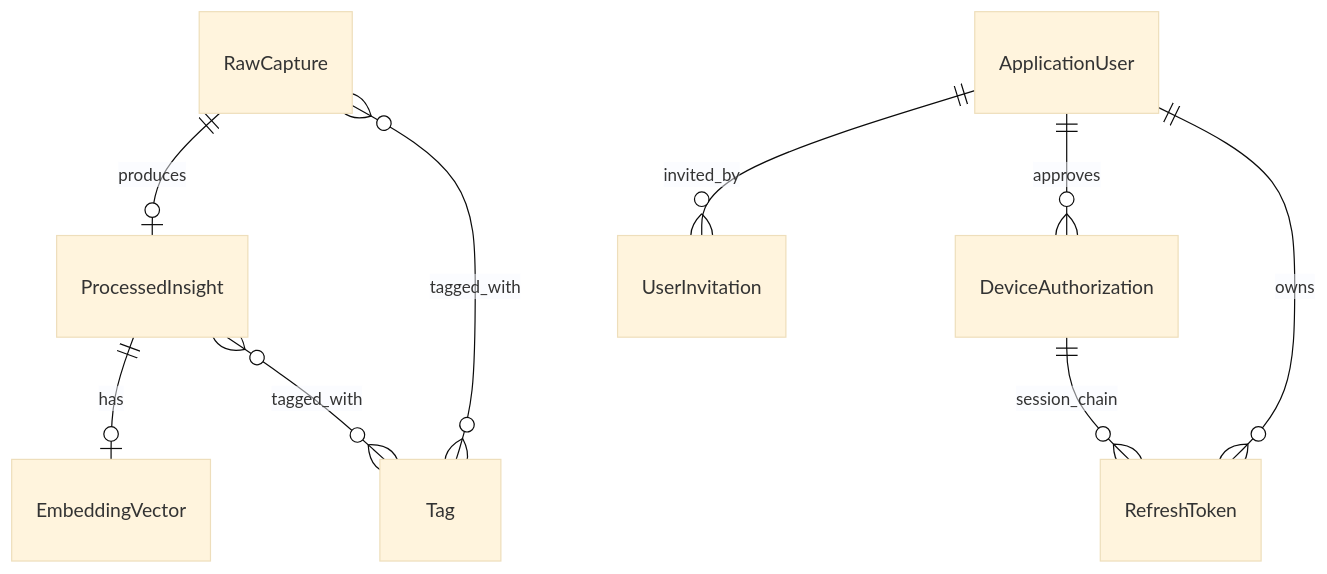
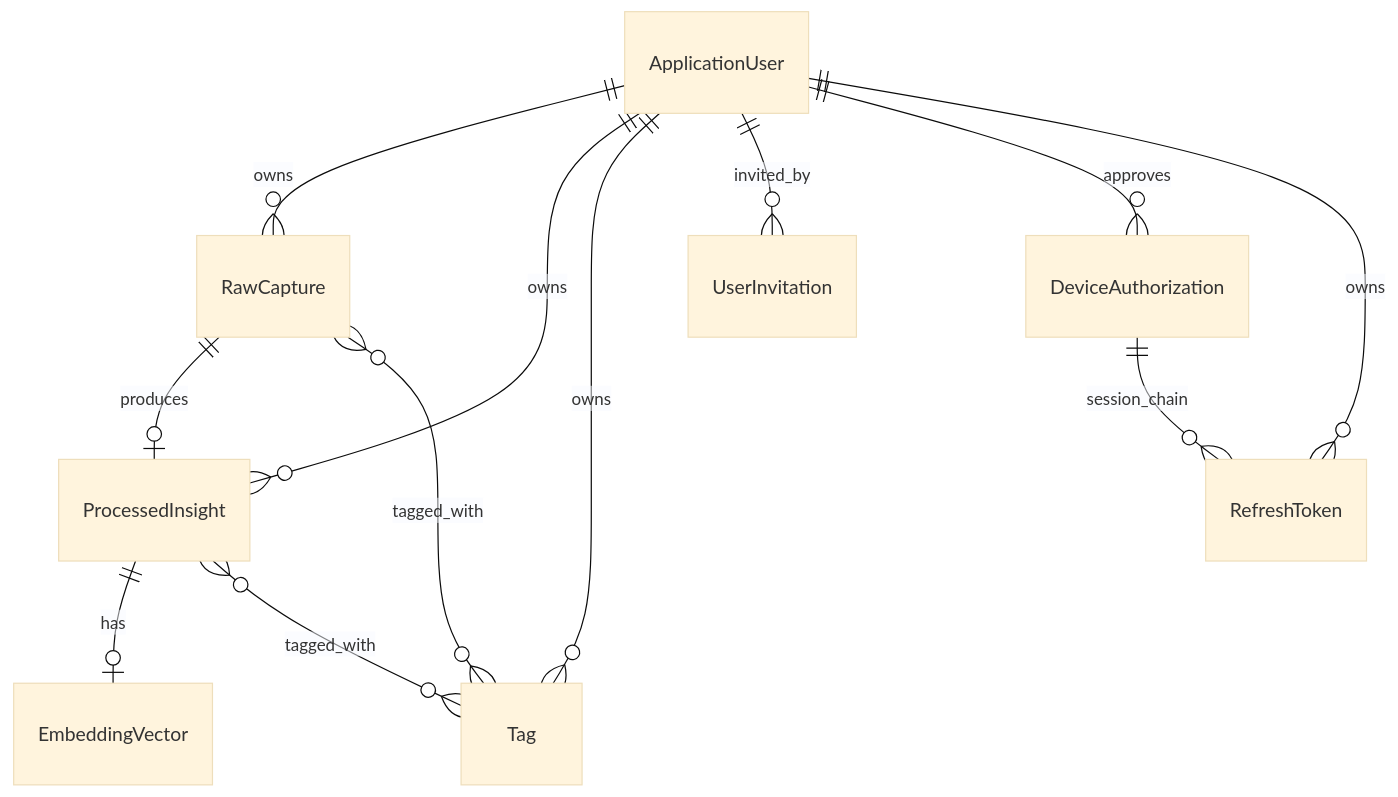
Before and after one commit to klinki/knowledgebase-platform: the first of 10 diagrams in docs/ENTITY-MODEL.md, drawn with Mermaid (base theme). The commit also changed other lines of this file and 34 other files, not shown here.

````diff
--- a/docs/ENTITY-MODEL.md
+++ b/docs/ENTITY-MODEL.md
@@ -66,12 +66,15 @@
 ```mermaid
 erDiagram
+    ApplicationUser ||--o{ RawCapture : owns
+    ApplicationUser ||--o{ ProcessedInsight : owns
+    ApplicationUser ||--o{ Tag : owns
     RawCapture ||--o| ProcessedInsight : produces
     ProcessedInsight ||--o| EmbeddingVector : has
     RawCapture }o--o{ Tag : tagged_with
     ProcessedInsight }o--o{ Tag : tagged_with
 
     ApplicationUser ||--o{ UserInvitation : invited_by
     ApplicationUser ||--o{ DeviceAuthorization : approves
     ApplicationUser ||--o{ RefreshToken : owns
     DeviceAuthorization ||--o{ RefreshToken : session_chain
 ```
````
